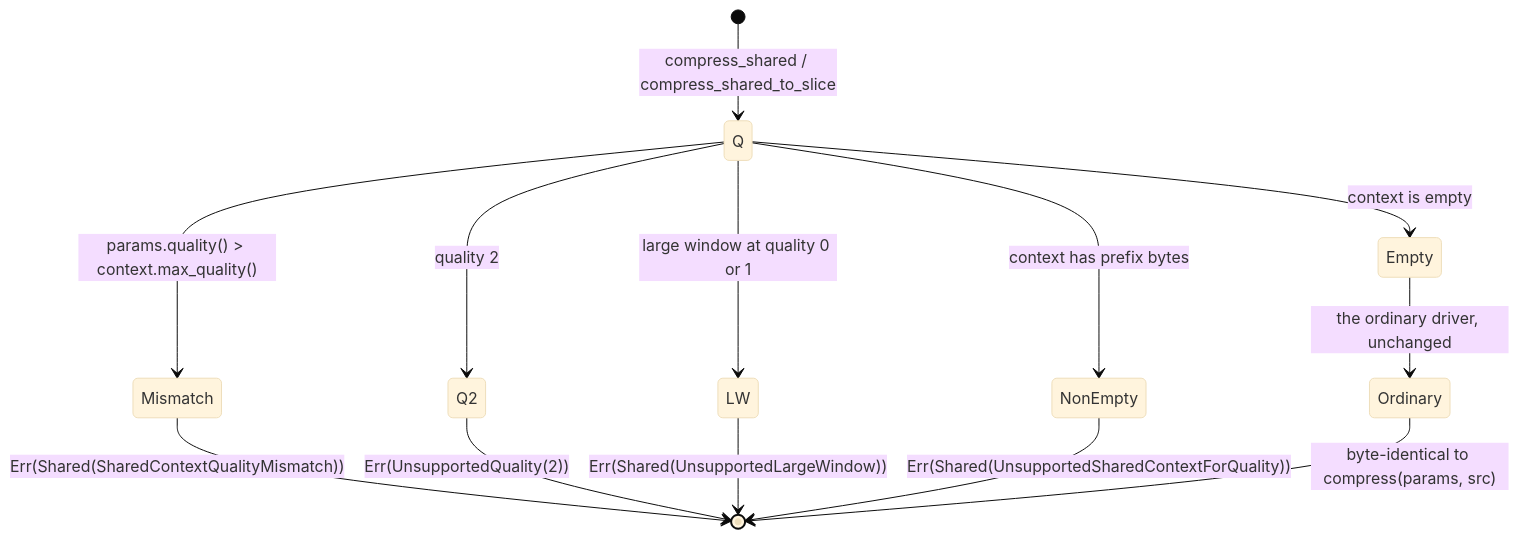
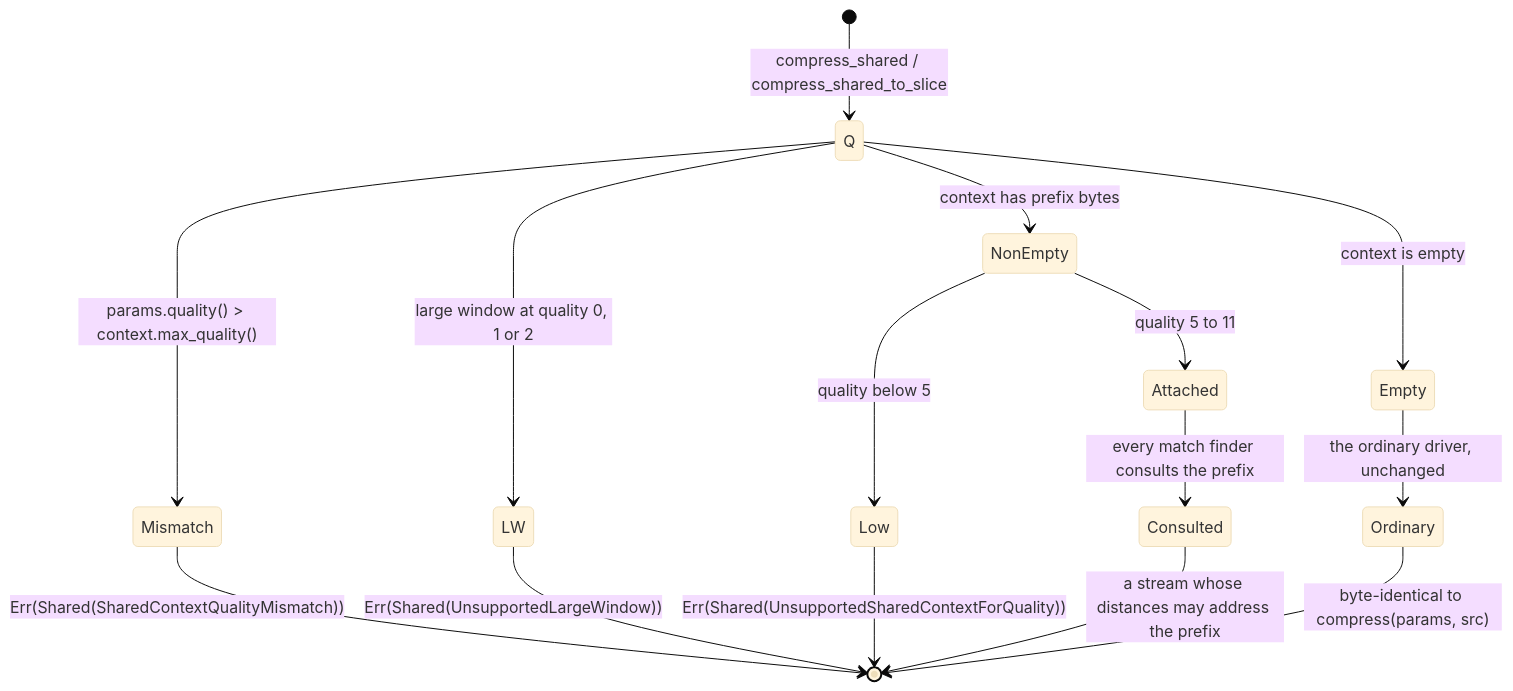
Before and after one commit to Mnwa/mbrotli: diagram 11 of 13 in architecture/shared-brotli.md, drawn with Mermaid (base theme). The commit also changed other lines of this file and 59 other files, not shown here.

````diff
--- a/architecture/shared-brotli.md
+++ b/architecture/shared-brotli.md
@@ -459,15 +522,17 @@
 ```mermaid
 stateDiagram-v2
     [*] --> Q: compress_shared / compress_shared_to_slice
     Q --> Mismatch: params.quality() > context.max_quality()
     Mismatch --> [*]: Err(Shared(SharedContextQualityMismatch))
-    Q --> Q2: quality 2
-    Q2 --> [*]: Err(UnsupportedQuality(2))
-    Q --> LW: large window at quality 0 or 1
+    Q --> LW: large window at quality 0, 1 or 2
     LW --> [*]: Err(Shared(UnsupportedLargeWindow))
     Q --> NonEmpty: context has prefix bytes
-    NonEmpty --> [*]: Err(Shared(UnsupportedSharedContextForQuality))
+    NonEmpty --> Low: quality below 5
+    Low --> [*]: Err(Shared(UnsupportedSharedContextForQuality))
+    NonEmpty --> Attached: quality 5 to 11
+    Attached --> Consulted: every match finder consults the prefix
+    Consulted --> [*]: a stream whose distances may address the prefix
     Q --> Empty: context is empty
     Empty --> Ordinary: the ordinary driver, unchanged
     Ordinary --> [*]: byte-identical to compress(params, src)
 ```
````
